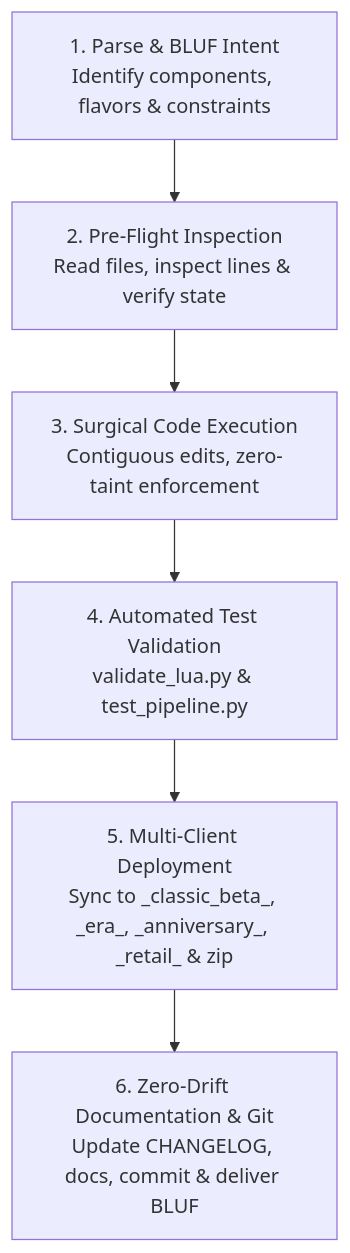
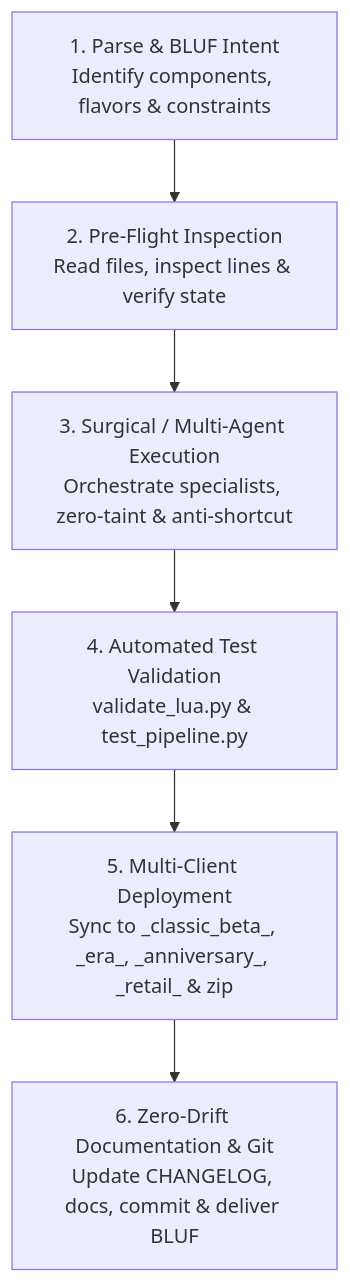
Before and after one commit to dagariane-commits/WoW_Killboard: the diagram in AGENTS.md, drawn with Mermaid. The commit also changed other lines of this file and 20 other files, not shown here.

````diff
--- a/AGENTS.md
+++ b/AGENTS.md
@@ -47,8 +59,8 @@
 ```mermaid
 flowchart TD
     S1["1. Parse & BLUF Intent\nIdentify components, flavors & constraints"] --> S2["2. Pre-Flight Inspection\nRead files, inspect lines & verify state"]
-    S2 --> S3["3. Surgical Code Execution\nContiguous edits, zero-taint enforcement"]
+    S2 --> S3["3. Surgical / Multi-Agent Execution\nOrchestrate specialists, zero-taint & anti-shortcut"]
     S3 --> S4["4. Automated Test Validation\nvalidate_lua.py & test_pipeline.py"]
     S4 --> S5["5. Multi-Client Deployment\nSync to _classic_beta_, _era_, _anniversary_, _retail_ & zip"]
     S5 --> S6["6. Zero-Drift Documentation & Git\nUpdate CHANGELOG, docs, commit & deliver BLUF"]
 ```
````
